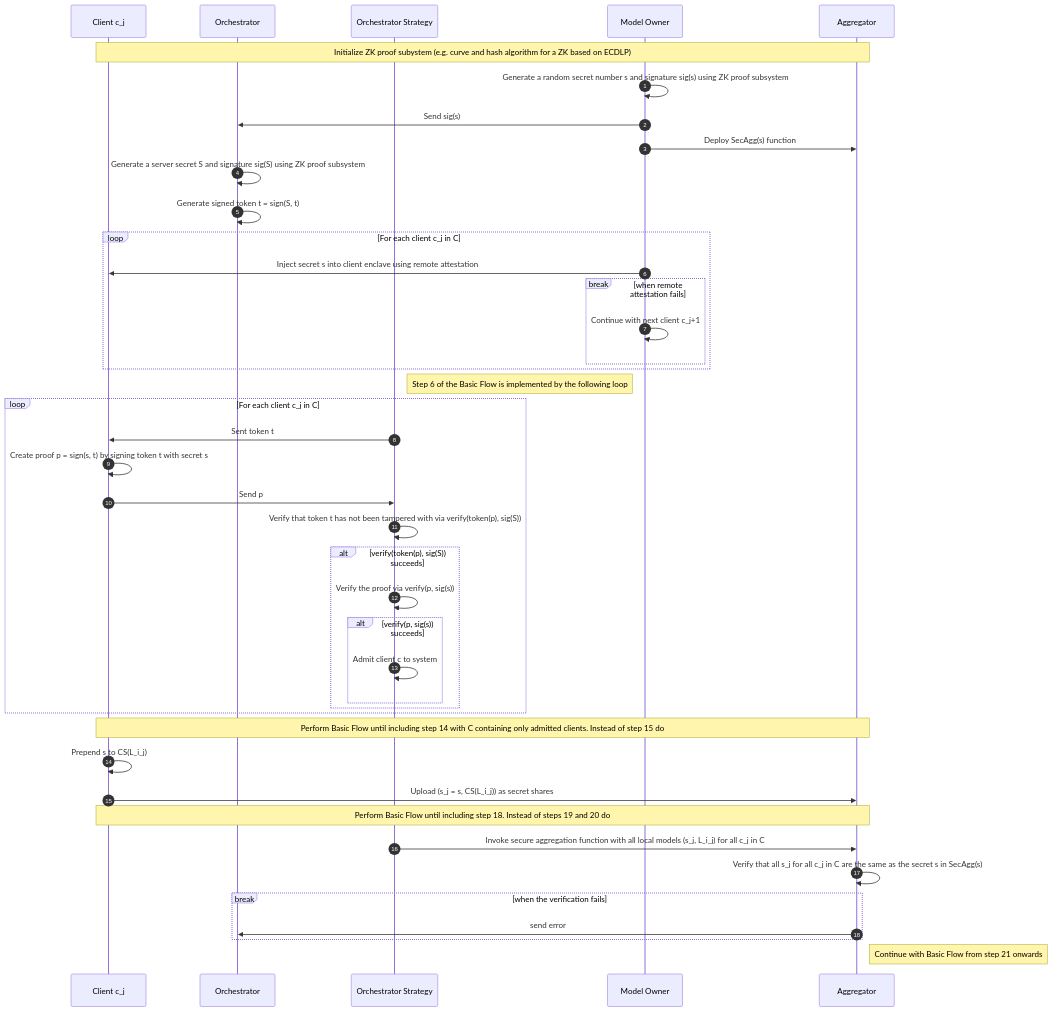
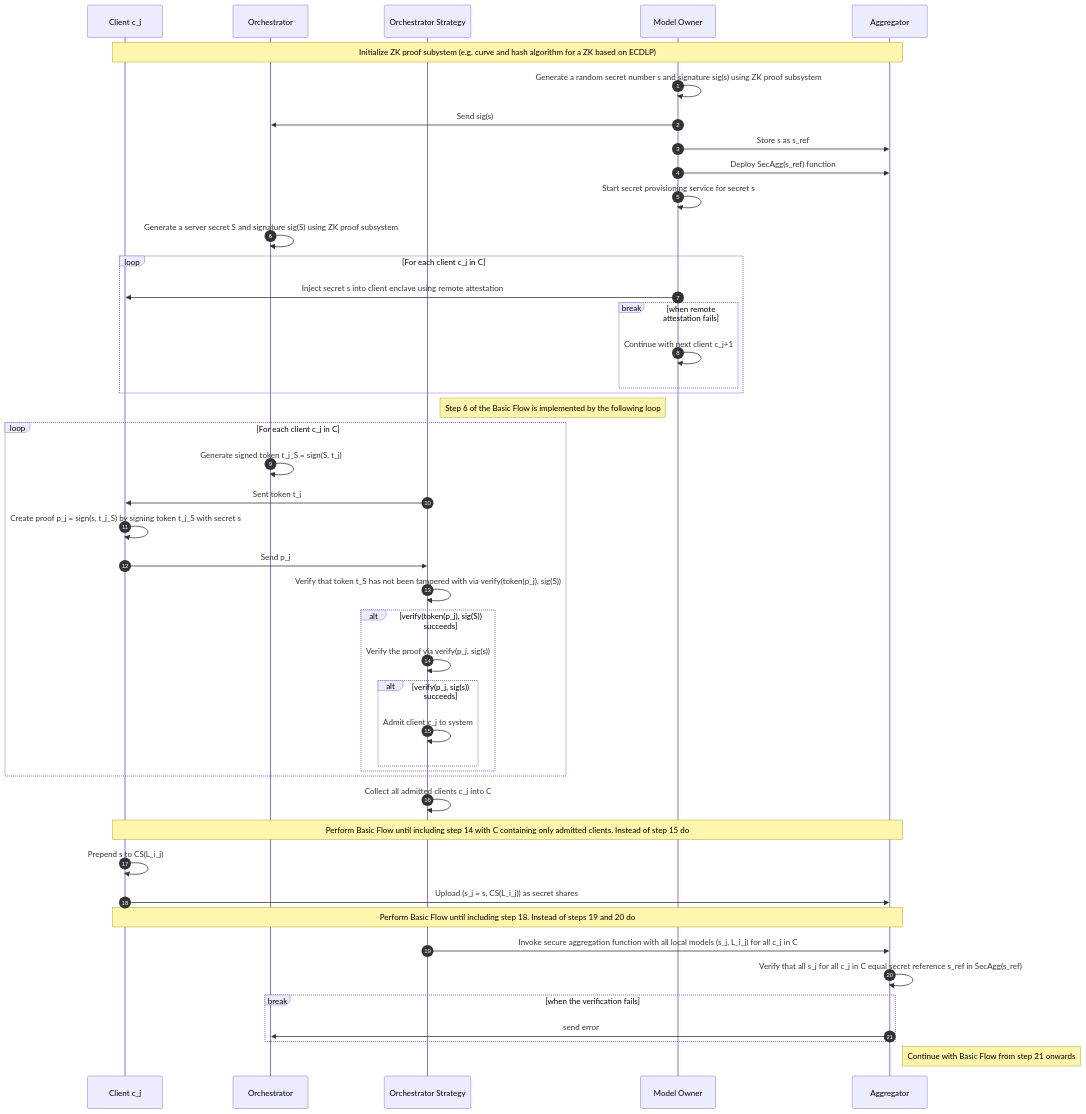
The second of 2 diagrams in enhancements/0055-Federated-Learning.md (carbynestack/nettle), drawn with Mermaid before and after one commit. The commit also changed other lines of this file, not shown here.

Commit message:
Update client-side model protection description

````diff
--- a/enhancements/0055-Federated-Learning.md
+++ b/enhancements/0055-Federated-Learning.md
@@ -329,44 +332,47 @@
 ```mermaid
 sequenceDiagram
     autonumber
     participant c as Client c_j
     participant o as Orchestrator
     participant os as Orchestrator Strategy
     participant mo as Model Owner
     participant vc as Aggregator
     Note over c,vc: Initialize ZK proof subystem (e.g. curve and hash algorithm for a ZK based on ECDLP)
     mo->>mo: Generate a random secret number s and signature sig(s) using ZK proof subsystem
     mo->>o: Send sig(s)
-    mo->>vc: Deploy SecAgg(s) function
+    mo->>vc: Store s as s_ref
+    mo->>vc: Deploy SecAgg(s_ref) function
+    mo->>mo: Start secret provisioning service for secret s
     o->>o: Generate a server secret S and signature sig(S) using ZK proof subsystem
-    o->>o: Generate signed token t = sign(S, t)
     loop For each client c_j in C 
         mo->>c: Inject secret s into client enclave using remote attestation
         break when remote attestation fails
             mo->>mo: Continue with next client c_j+1
         end
     end
     Note right of os: Step 6 of the Basic Flow is implemented by the following loop
-    loop For each client c_j in C 
-        os->>c: Sent token t
-        c->>c: Create proof p = sign(s, t) by signing token t with secret s
-        c->>os: Send p
-        os->>os: Verify that token t has not been tampered with via verify(token(p), sig(S))
-        alt verify(token(p), sig(S)) succeeds
-            os->>os: Verify the proof via verify(p, sig(s))
-            alt verify(p, sig(s)) succeeds
-                os->>os: Admit client c to system
+    loop For each client c_j in C
+        o->>o: Generate signed token t_j_S = sign(S, t_j)
+        os->>c: Sent token t_j
+        c->>c: Create proof p_j = sign(s, t_j_S) by signing token t_j_S with secret s
+        c->>os: Send p_j
+        os->>os: Verify that token t_S has not been tampered with via verify(token(p_j), sig(S))
+        alt verify(token(p_j), sig(S)) succeeds
+            os->>os: Verify the proof via verify(p_j, sig(s))
+            alt verify(p_j, sig(s)) succeeds
+                os->>os: Admit client c_j to system
             end 
         end
     end
+    os->>os: Collect all admitted clients c_j into C
     Note over c,vc: Perform Basic Flow until including step 14 with C containing only admitted clients. Instead of step 15 do
     c->>c: Prepend s to CS(L_i_j)
     c->>vc: Upload (s_j = s, CS(L_i_j)) as secret shares
     Note over c,vc: Perform Basic Flow until including step 18. Instead of steps 19 and 20 do
     os->>vc: Invoke secure aggregation function with all local models (s_j, L_i_j) for all c_j in C
-    vc->>vc: Verify that all s_j for all c_j in C are the same as the secret s in SecAgg(s)
+    vc->>vc: Verify that all s_j for all c_j in C equal secret reference s_ref in SecAgg(s_ref)
     break when the verification fails
         vc->>o: send error
     end
     Note right of vc: Continue with Basic Flow from step 21 onwards 
 ```
````
